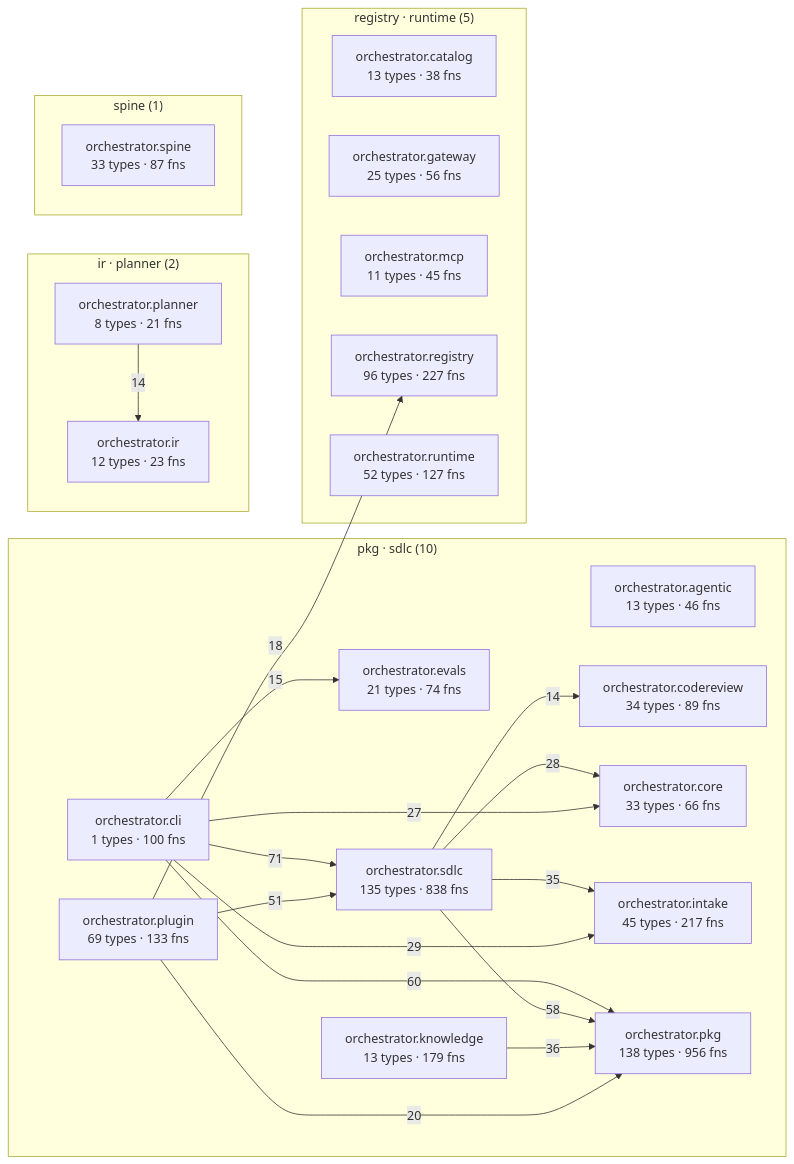
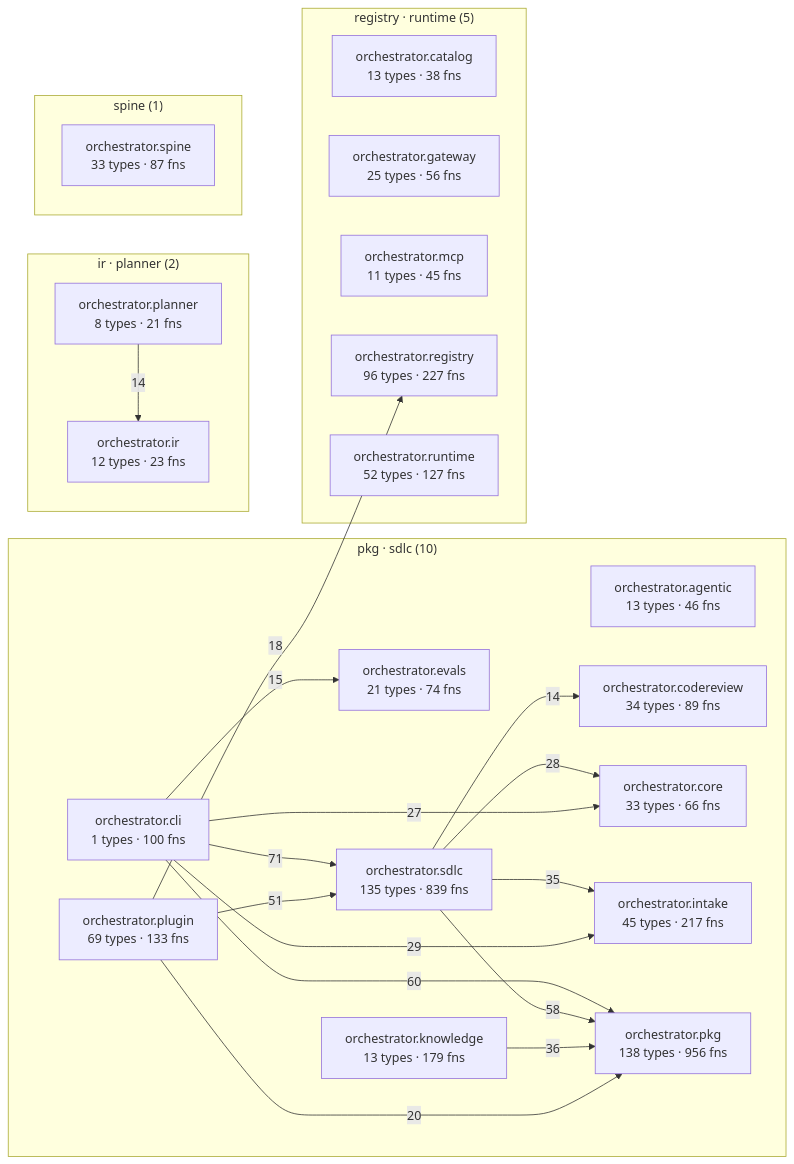
Before and after one commit to palakupadhyay23/spine: the diagram in episteme/architecture.md, drawn with Mermaid. The commit also changed other lines of this file and 11 other files, not shown here.

````diff
--- a/episteme/architecture.md
+++ b/episteme/architecture.md
@@ -54,43 +54,43 @@
 ```mermaid
 flowchart LR
   subgraph c_2["pkg · sdlc (10)"]
     aorchestratoragentic["orchestrator.agentic<br/>13 types · 46 fns"]
     aorchestratorcli["orchestrator.cli<br/>1 types · 100 fns"]
     aorchestratorcodereview["orchestrator.codereview<br/>34 types · 89 fns"]
     aorchestratorcore["orchestrator.core<br/>33 types · 66 fns"]
     aorchestratorevals["orchestrator.evals<br/>21 types · 74 fns"]
     aorchestratorintake["orchestrator.intake<br/>45 types · 217 fns"]
     aorchestratorknowledge["orchestrator.knowledge<br/>13 types · 179 fns"]
     aorchestratorpkg["orchestrator.pkg<br/>138 types · 956 fns"]
     aorchestratorplugin["orchestrator.plugin<br/>69 types · 133 fns"]
-    aorchestratorsdlc["orchestrator.sdlc<br/>135 types · 838 fns"]
+    aorchestratorsdlc["orchestrator.sdlc<br/>135 types · 839 fns"]
   end
   subgraph c_4["registry · runtime (5)"]
     aorchestratorcatalog["orchestrator.catalog<br/>13 types · 38 fns"]
     aorchestratorgateway["orchestrator.gateway<br/>25 types · 56 fns"]
     aorchestratormcp["orchestrator.mcp<br/>11 types · 45 fns"]
     aorchestratorregistry["orchestrator.registry<br/>96 types · 227 fns"]
     aorchestratorruntime["orchestrator.runtime<br/>52 types · 127 fns"]
   end
   subgraph c_7["ir · planner (2)"]
     aorchestratorir["orchestrator.ir<br/>12 types · 23 fns"]
     aorchestratorplanner["orchestrator.planner<br/>8 types · 21 fns"]
   end
   subgraph c_12["spine (1)"]
     aorchestratorspine["orchestrator.spine<br/>33 types · 87 fns"]
   end
   aorchestratorcli -->|71| aorchestratorsdlc
   aorchestratorcli -->|60| aorchestratorpkg
   aorchestratorsdlc -->|58| aorchestratorpkg
   aorchestratorplugin -->|51| aorchestratorsdlc
   aorchestratorknowledge -->|36| aorchestratorpkg
   aorchestratorsdlc -->|35| aorchestratorintake
   aorchestratorcli -->|29| aorchestratorintake
   aorchestratorsdlc -->|28| aorchestratorcore
   aorchestratorcli -->|27| aorchestratorcore
   aorchestratorplugin -->|20| aorchestratorpkg
   aorchestratorplugin -->|18| aorchestratorregistry
   aorchestratorcli -->|15| aorchestratorevals
   aorchestratorplanner -->|14| aorchestratorir
   aorchestratorsdlc -->|14| aorchestratorcodereview
 ```
````
